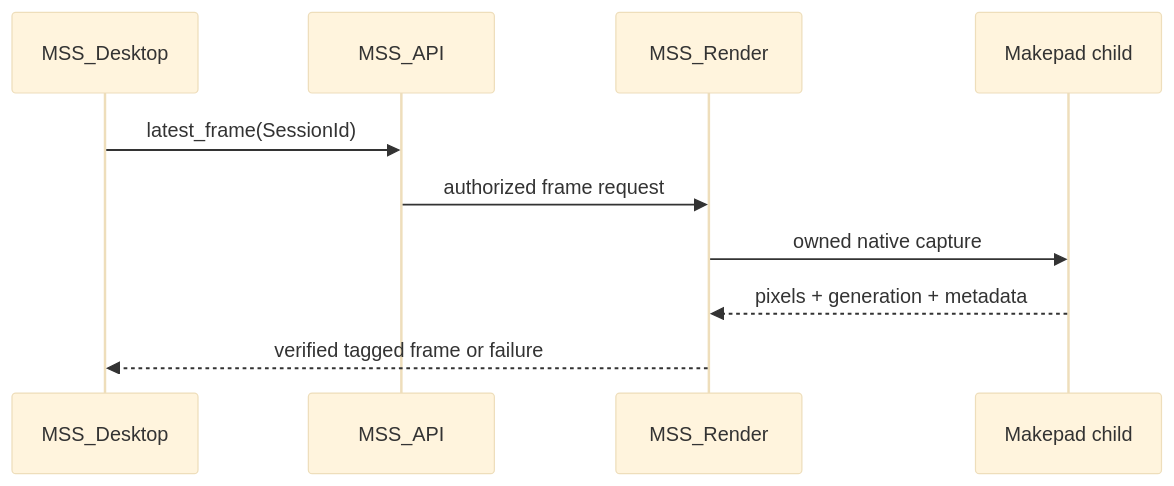
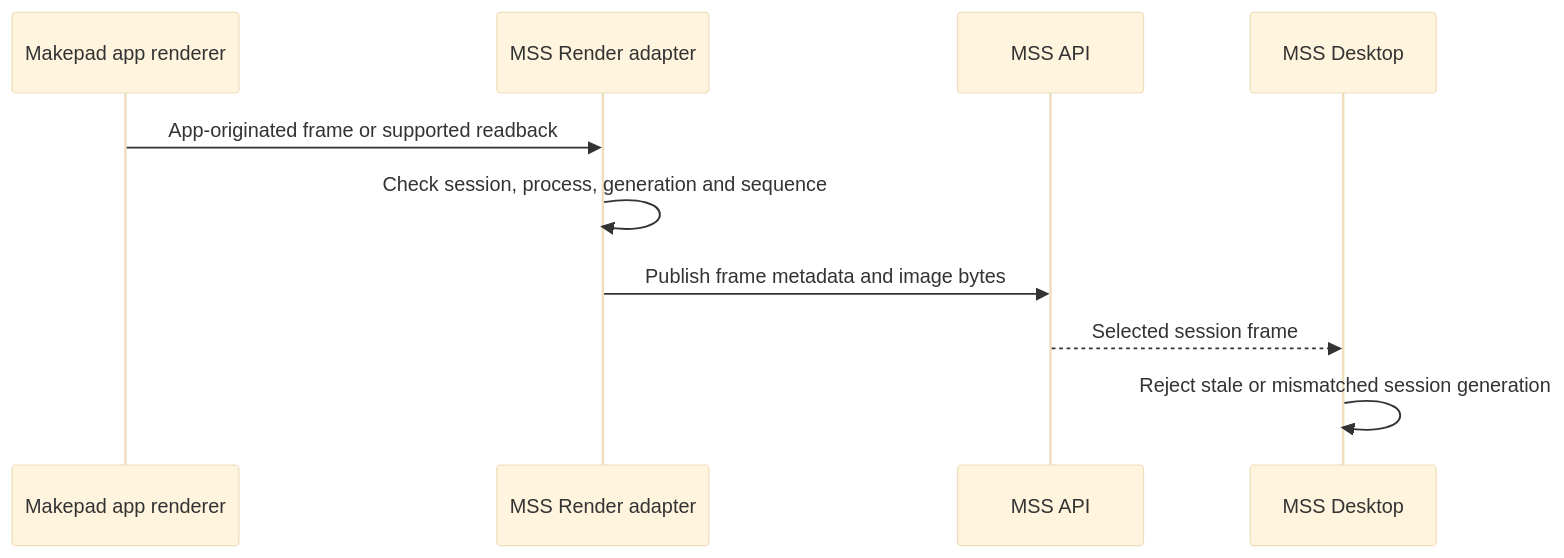
The fifth of 7 diagrams in doc/maps.md (paulgreenbox-beep/makepad-sandstudio), drawn with Mermaid (base theme) before and after one commit. The commit also changed other lines of this file and 16 other files, not shown here.

Commit message:
Document MSS architecture and Toolkit parity

````diff
--- a/doc/maps.md
+++ b/doc/maps.md
@@ -57,12 +103,12 @@
-```mermaid
+~~~mermaid
 sequenceDiagram
-  participant Desktop as MSS_Desktop
-  participant API as MSS_API
-  participant Render as MSS_Render
-  participant App as Makepad child
-  Desktop->>API: latest_frame(SessionId)
-  API->>Render: authorized frame request
-  Render->>App: owned native capture
-  App-->>Render: pixels + generation + metadata
-  Render-->>Desktop: verified tagged frame or failure
-```
+  participant P as Makepad app renderer
+  participant R as MSS Render adapter
+  participant A as MSS API
+  participant D as MSS Desktop
+  P->>R: App-originated frame or supported readback
+  R->>R: Check session, process, generation and sequence
+  R->>A: Publish frame metadata and image bytes
+  A-->>D: Selected session frame
+  D->>D: Reject stale or mismatched session generation
+~~~
````
